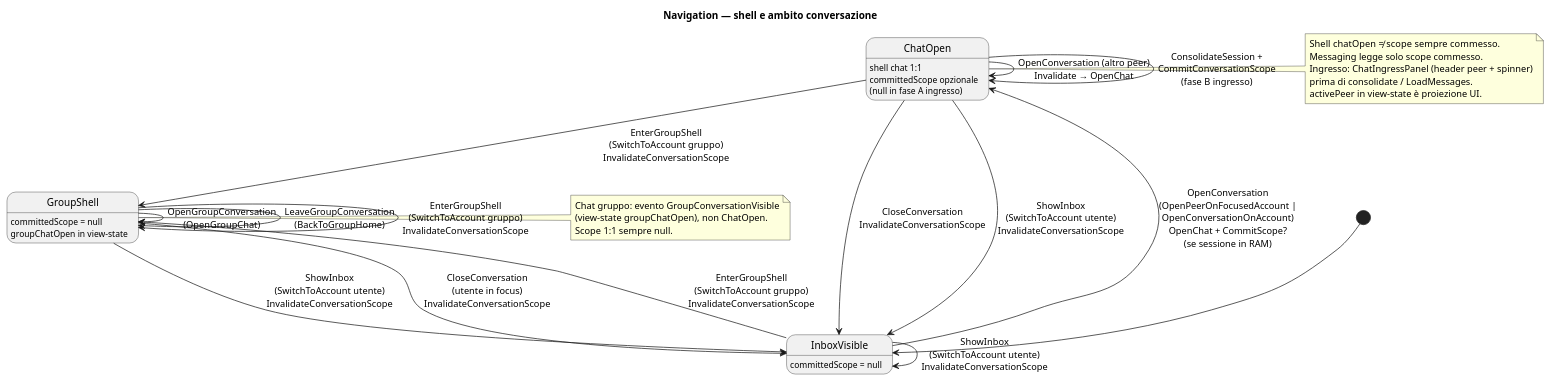
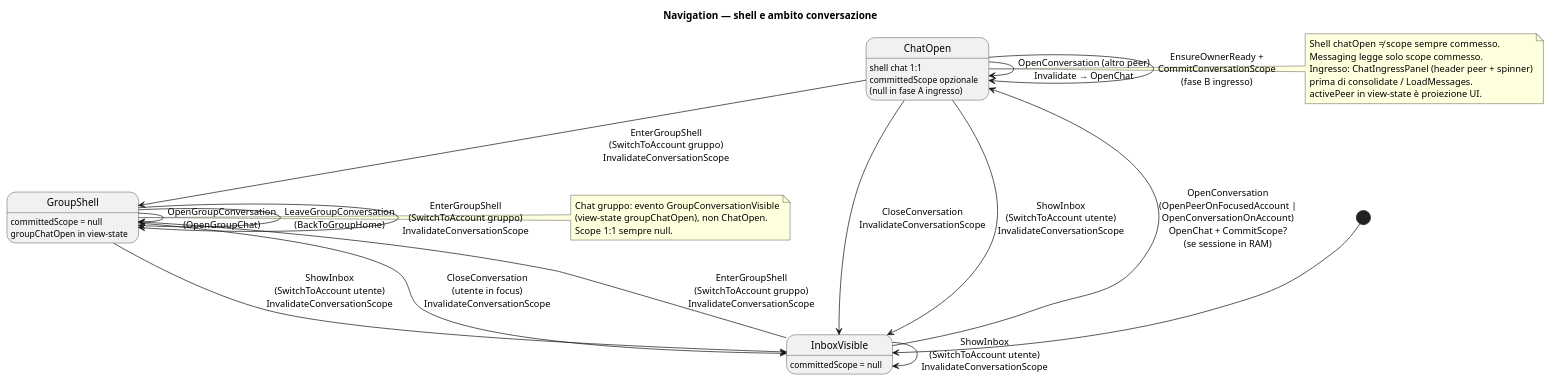
Before and after one commit to alfred-im/alfred-im: the diagram in docs/model/uml/navigation/navigation-shell-state.puml, drawn with PlantUML. The commit also changed 15 other files, not shown here.

First line of the commit message:
docs: align SessionAuthority across domain, UML, and specs

```diff
--- a/docs/model/uml/navigation/navigation-shell-state.puml
+++ b/docs/model/uml/navigation/navigation-shell-state.puml
@@ -1,45 +1,45 @@
 @startuml navigation-shell-state
 ' Context: navigation
 ' Profile: client
 ' Revision: 2026-08-01
 ' Statechart: NavigationShellState + ConversationScope
 
 title Navigation — shell e ambito conversazione
 
 state InboxVisible : committedScope = null
 state ChatOpen : shell chat 1:1\ncommittedScope opzionale\n(null in fase A ingresso)
 state GroupShell : committedScope = null\ngroupChatOpen in view-state
 
 [*] --> InboxVisible
 
 InboxVisible --> ChatOpen : OpenConversation\n(OpenPeerOnFocusedAccount |\nOpenConversationOnAccount)\nOpenChat + CommitScope?\n(se sessione in RAM)
 InboxVisible --> GroupShell : EnterGroupShell\n(SwitchToAccount gruppo)\nInvalidateConversationScope
 InboxVisible --> InboxVisible : ShowInbox\n(SwitchToAccount utente)\nInvalidateConversationScope
 
 ChatOpen --> InboxVisible : CloseConversation\nInvalidateConversationScope
 ChatOpen --> ChatOpen : OpenConversation (altro peer)\nInvalidate → OpenChat
-ChatOpen --> ChatOpen : ConsolidateSession +\nCommitConversationScope\n(fase B ingresso)
+ChatOpen --> ChatOpen : EnsureOwnerReady +\nCommitConversationScope\n(fase B ingresso)
 ChatOpen --> InboxVisible : ShowInbox\n(SwitchToAccount utente)\nInvalidateConversationScope
 ChatOpen --> GroupShell : EnterGroupShell\n(SwitchToAccount gruppo)\nInvalidateConversationScope
 
 GroupShell --> GroupShell : OpenGroupConversation\n(OpenGroupChat)
 GroupShell --> GroupShell : LeaveGroupConversation\n(BackToGroupHome)
 GroupShell --> GroupShell : EnterGroupShell\n(SwitchToAccount gruppo)\nInvalidateConversationScope
 GroupShell --> InboxVisible : ShowInbox\n(SwitchToAccount utente)\nInvalidateConversationScope
 GroupShell --> InboxVisible : CloseConversation\n(utente in focus)\nInvalidateConversationScope
 
 note right of ChatOpen
   Shell chatOpen ≠ scope sempre commesso.
   Messaging legge solo scope commesso.
   Ingresso: ChatIngressPanel (header peer + spinner)
   prima di consolidate / LoadMessages.
   activePeer in view-state è proiezione UI.
 end note
 
 note right of GroupShell
   Chat gruppo: evento GroupConversationVisible
   (view-state groupChatOpen), non ChatOpen.
   Scope 1:1 sempre null.
 end note
 
 @enduml
```
